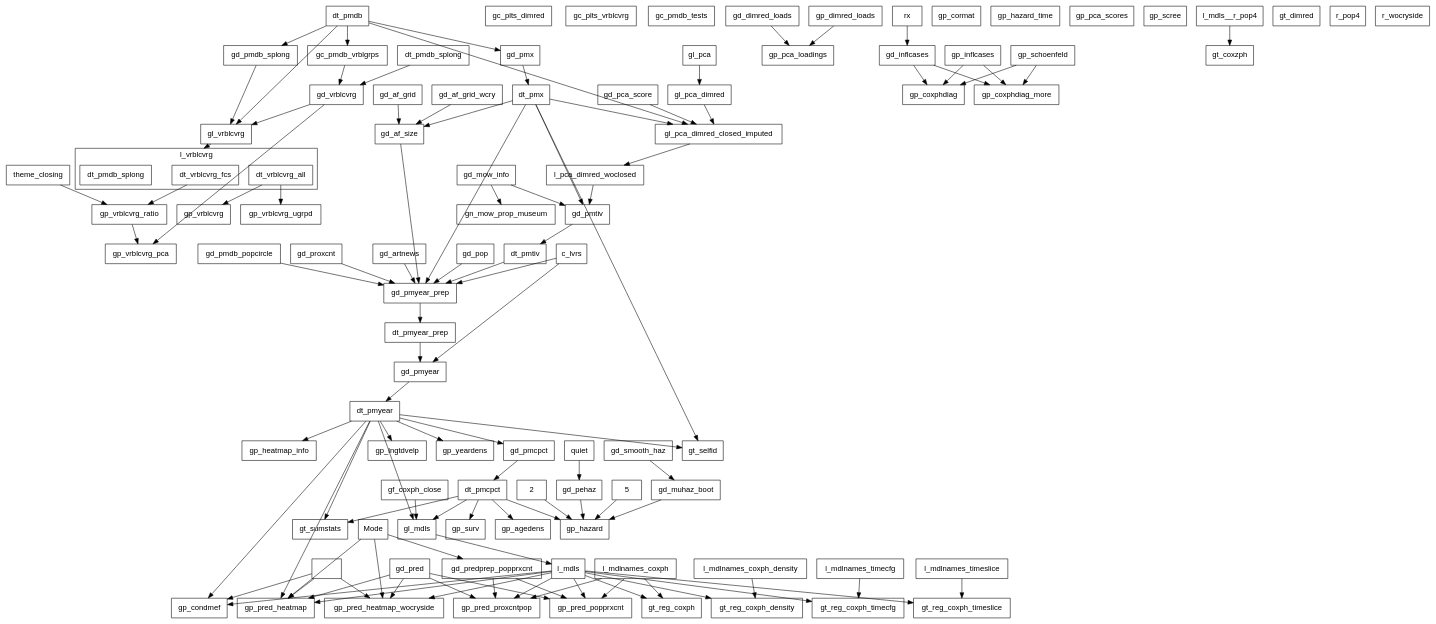
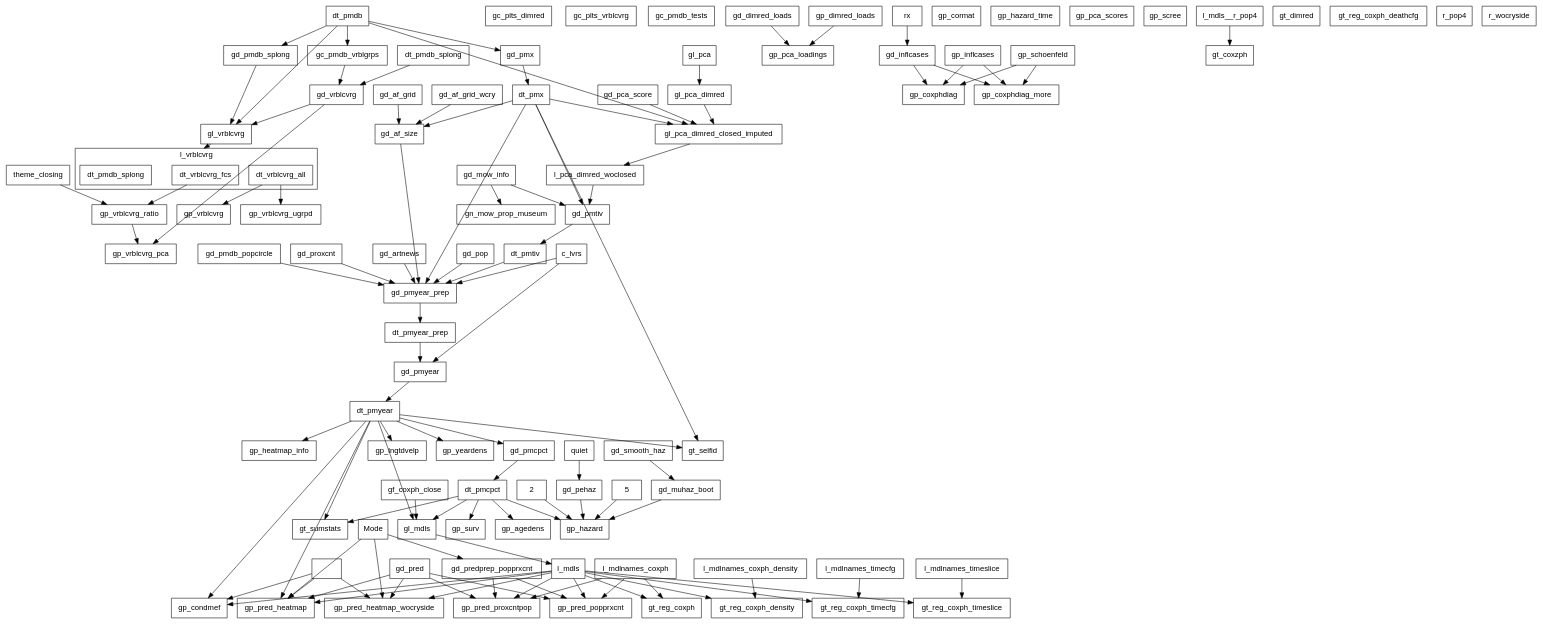
The diagram in misc/callgraph2.dot (swhalemwo/pm_closing), drawn with Graphviz before and after one commit. The commit also changed 5 other files, not shown here.

```diff
--- a/misc/callgraph2.dot
+++ b/misc/callgraph2.dot
@@ -73,6 +73,7 @@
 gt_coxzph; 
 gt_dimred; 
 gt_reg_coxph; 
+gt_reg_coxph_deathcfg; 
 gt_reg_coxph_density; 
 gt_reg_coxph_timecfg; 
 gt_reg_coxph_timeslice; 
```
